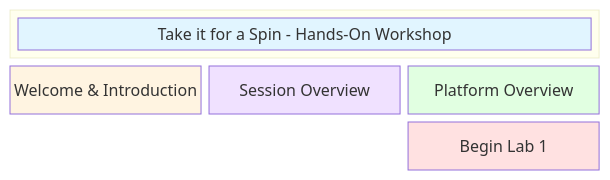
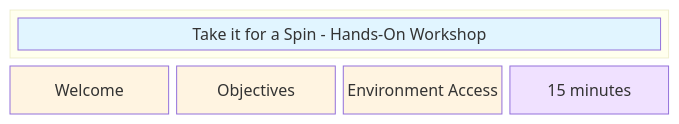
The diagram in docs/Instructor_Screen_Flow/slide_01_introduction.mmd (tme-tech-ops/take-it-for-a-spin-partner-training), drawn with Mermaid before and after one commit. The commit also changed 13 other files, not shown here.

First line of the commit message:
Restructure screen flow diagrams to align with PPT/guide modules

```diff
--- a/docs/Instructor_Screen_Flow/slide_01_introduction.mmd
+++ b/docs/Instructor_Screen_Flow/slide_01_introduction.mmd
@@ -1,19 +1,17 @@
 block-beta
-    columns 3
+    columns 4
     
-    block:header:3
+    block:header:4
         A["Take it for a Spin - Hands-On Workshop"]
     end
     
-    B["Welcome & Introduction"]
-    C["Session Overview"]
-    D["Platform Overview"]
-    
-    space:2
-    E["Begin Lab 1"]
+    B["Welcome"]
+    C["Objectives"]
+    D["Environment Access"]
+    E["15 minutes"]
 
     style A fill:#e1f5ff
     style B fill:#fff4e1
-    style C fill:#f0e1ff
-    style D fill:#e1ffe1
-    style E fill:#ffe1e1
+    style C fill:#fff4e1
+    style D fill:#fff4e1
+    style E fill:#f0e1ff
```
